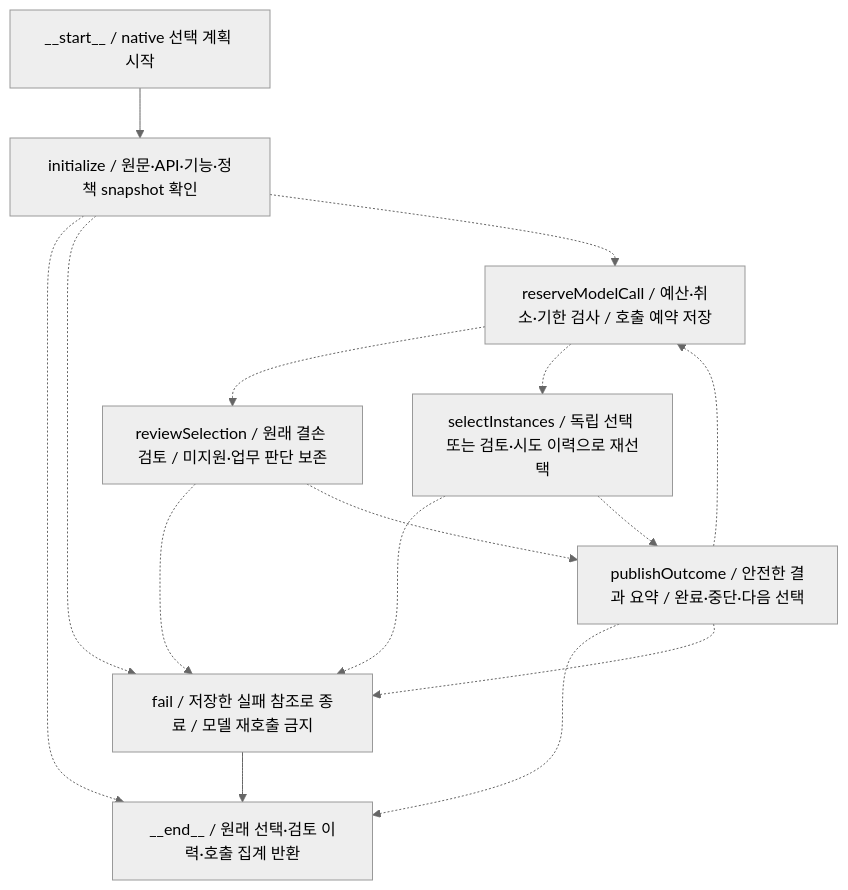
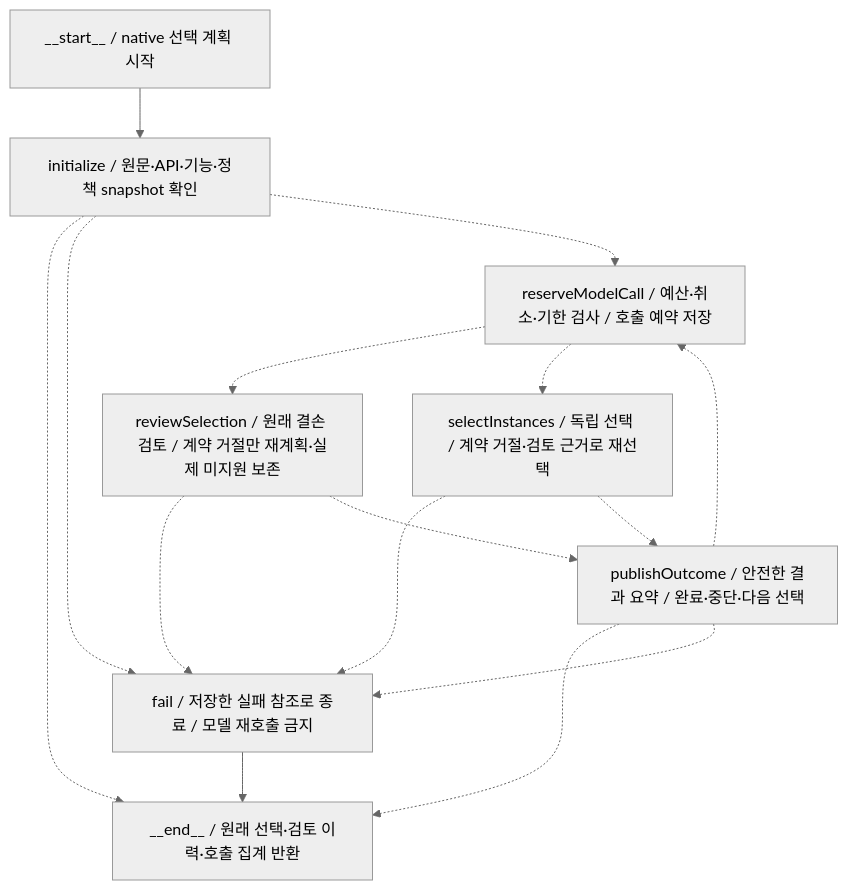
The fifth of 5 diagrams in docs/current-conversation-graph.md (carefreelife98/openapi-flow), drawn with Mermaid (neutral theme) before and after one commit. The commit also changed other lines of this file and 25 other files, not shown here.

````diff
--- a/docs/current-conversation-graph.md
+++ b/docs/current-conversation-graph.md
@@ -391,25 +393,25 @@
 ```mermaid
 flowchart TD
   nativeSelection0["__end__ / 원래 선택·검토 이력·호출 집계 반환"]
   nativeSelection1["__start__ / native 선택 계획 시작"]
   nativeSelection2["fail / 저장한 실패 참조로 종료 / 모델 재호출 금지"]
   nativeSelection3["initialize / 원문·API·기능·정책 snapshot 확인"]
   nativeSelection4["publishOutcome / 안전한 결과 요약 / 완료·중단·다음 선택"]
   nativeSelection5["reserveModelCall / 예산·취소·기한 검사 / 호출 예약 저장"]
-  nativeSelection6["reviewSelection / 원래 결손 검토 / 미지원·업무 판단 보존"]
-  nativeSelection7["selectInstances / 독립 선택 또는 검토·시도 이력으로 재선택"]
+  nativeSelection6["reviewSelection / 원래 결손 검토 / 계약 거절만 재계획·실제 미지원 보존"]
+  nativeSelection7["selectInstances / 독립 선택 / 계약 거절·검토 근거로 재선택"]
   nativeSelection1 --> nativeSelection3
   nativeSelection2 --> nativeSelection0
   nativeSelection3 -.-> nativeSelection0
   nativeSelection3 -.-> nativeSelection2
   nativeSelection3 -.-> nativeSelection5
   nativeSelection4 -.-> nativeSelection0
   nativeSelection4 -.-> nativeSelection2
   nativeSelection4 -.-> nativeSelection5
   nativeSelection5 -.-> nativeSelection6
   nativeSelection5 -.-> nativeSelection7
   nativeSelection6 -.-> nativeSelection2
   nativeSelection6 -.-> nativeSelection4
   nativeSelection7 -.-> nativeSelection2
   nativeSelection7 -.-> nativeSelection4
 ```
````
